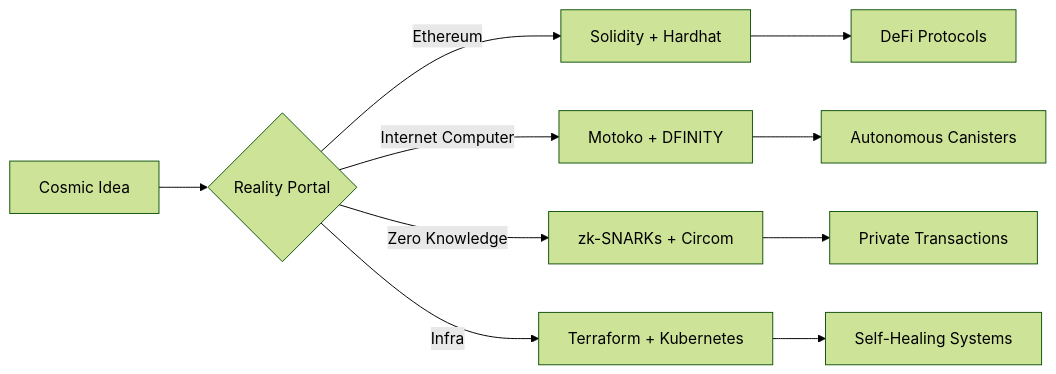
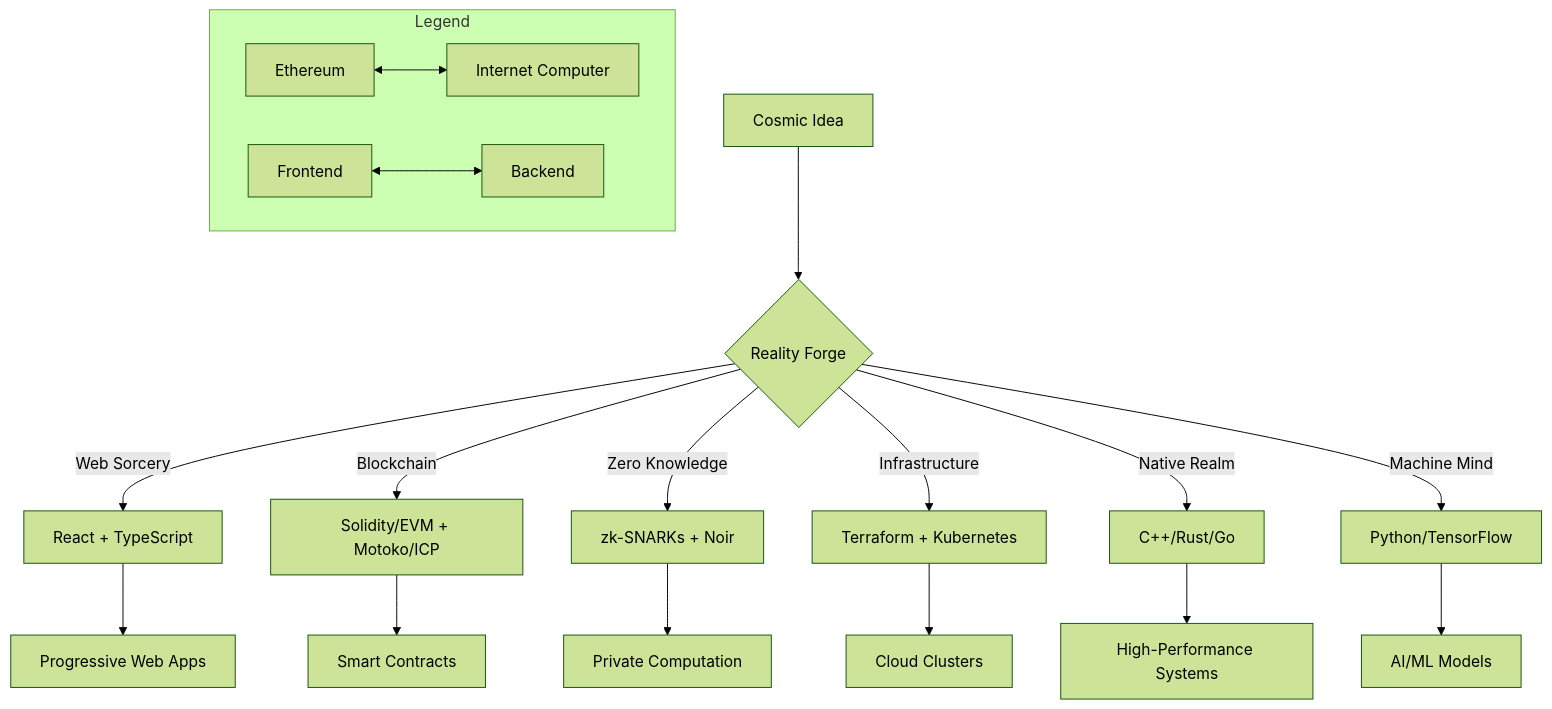
The diagram in README.md (Chrispin-m/Chrispin-m), drawn with Mermaid (forest theme) before and after one commit. The commit also changed other lines of this file, not shown here.

````diff
--- a/README.md
+++ b/README.md
@@ -56,12 +65,23 @@
 ```mermaid
-flowchart LR
-  A[Cosmic Idea] --> B{Reality Portal}
-  B -->|Ethereum| C[Solidity + Hardhat]
-  B -->|Internet Computer| D[Motoko + DFINITY]
-  B -->|Zero Knowledge| E[zk-SNARKs + Circom]
-  B -->|Infra| F[Terraform + Kubernetes]
-  C --> G[DeFi Protocols]
-  D --> H[Autonomous Canisters]
-  E --> I[Private Transactions]
-  F --> J[Self-Healing Systems]
+flowchart TB
+  A[Cosmic Idea] --> B{Reality Forge}
+  B -->|Web Sorcery| C[React + TypeScript]
+  B -->|Blockchain| D[Solidity/EVM + Motoko/ICP]
+  B -->|Zero Knowledge| E[zk-SNARKs + Noir]
+  B -->|Infrastructure| F[Terraform + Kubernetes]
+  B -->|Native Realm| G[C++/Rust/Go]
+  B -->|Machine Mind| H[Python/TensorFlow]
+  
+  C --> I[Progressive Web Apps]
+  D --> J[Smart Contracts]
+  E --> K[Private Computation]
+  F --> L[Cloud Clusters]
+  G --> M[High-Performance Systems]
+  H --> N[AI/ML Models]
+  
+  subgraph Legend
+    direction LR
+    X[Ethereum] <--> Y[Internet Computer]
+    Z[Frontend] <--> AA[Backend]
+  end
 ```
````
